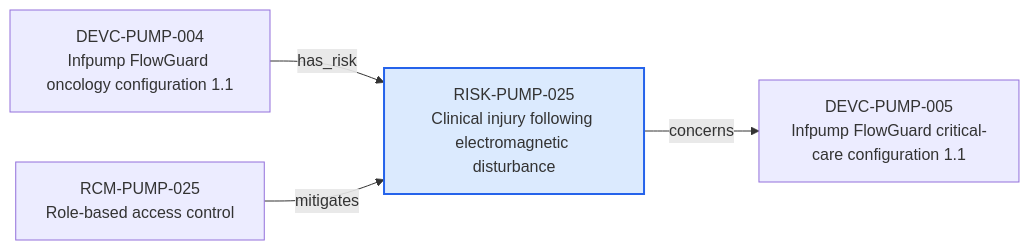
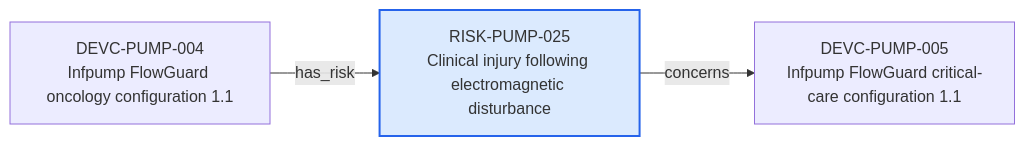
One commit to mvattulainen/mdrontology changed the diagram in content/06-Infpump FlowGuard ontology notes/risk/RISK-PUMP-025-clinical-injury-following-electromagnetic-disturbance.md. Above: the diagram before and after it, drawn with Mermaid. The commit also changed other lines of this file and 321 other files, not shown here.

Commit message:
Implement Mermaid ontology audit findings

````diff
--- a/content/06-Infpump FlowGuard ontology notes/risk/RISK-PUMP-025-clinical-injury-following-electromagnetic-disturbance.md
+++ b/content/06-Infpump FlowGuard ontology notes/risk/RISK-PUMP-025-clinical-injury-following-electromagnetic-disturbance.md
@@ -75,12 +75,10 @@
 ```mermaid
 flowchart LR
   CURRENT["RISK-PUMP-025<br/>Clinical injury following electromagnetic disturbance"]
   PREV0["DEVC-PUMP-004<br/>Infpump FlowGuard oncology configuration 1.1"]
   PREV0 -->|"has_risk"| CURRENT
-  PREV1["RCM-PUMP-025<br/>Role-based access control"]
-  PREV1 -->|"mitigates"| CURRENT
   NEXT0["DEVC-PUMP-005<br/>Infpump FlowGuard critical-care configuration 1.1"]
   CURRENT -->|"concerns"| NEXT0
   classDef current fill:#dbeafe,stroke:#2563eb,stroke-width:2px
   class CURRENT current
 ```
````
